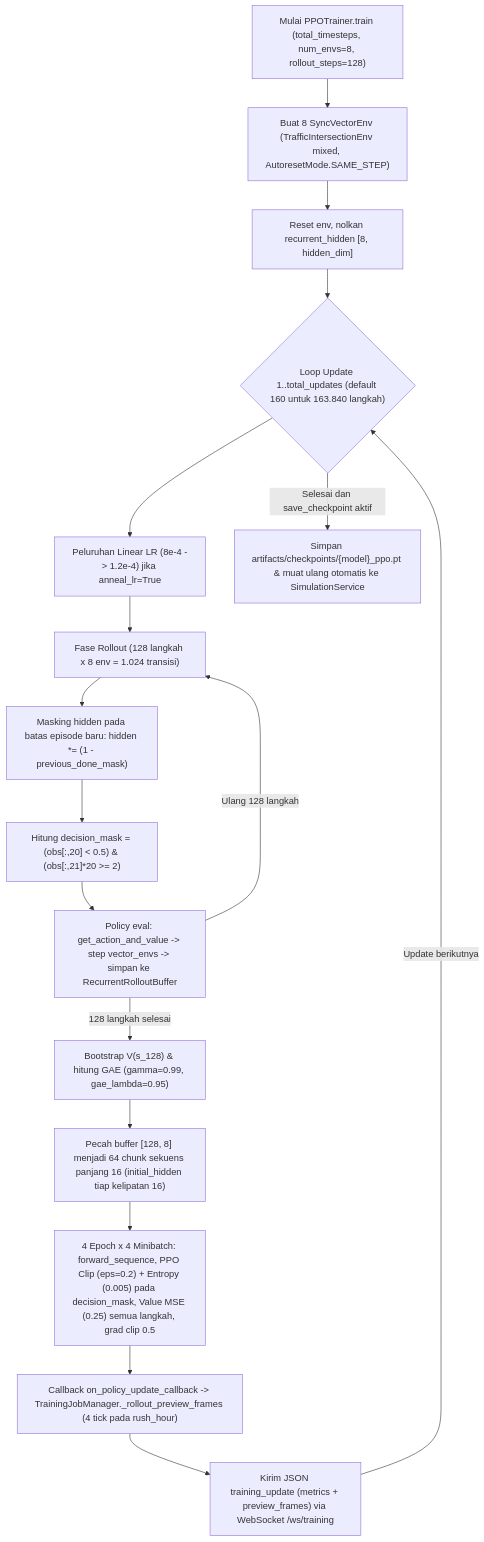
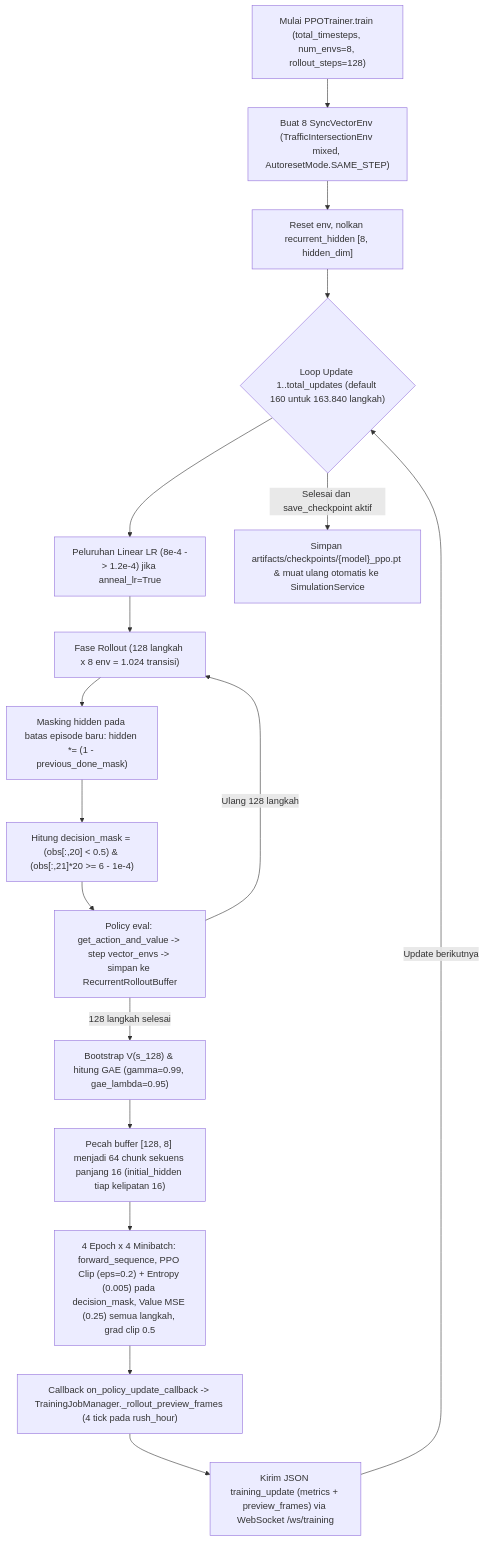
One commit to Fahmialfayadh/fly-connectome-traffic-rl changed the second of 3 diagrams in docs/TRAINING_AND_EPISODE_GUIDE.md. Above: the diagram before and after it, drawn with Mermaid. The commit also changed other lines of this file and 58 other files, not shown here.

````diff
--- a/docs/TRAINING_AND_EPISODE_GUIDE.md
+++ b/docs/TRAINING_AND_EPISODE_GUIDE.md
@@ -75,19 +77,19 @@
 ```mermaid
 flowchart TD
     S["Mulai PPOTrainer.train (total_timesteps, num_envs=8, rollout_steps=128)"] --> E["Buat 8 SyncVectorEnv (TrafficIntersectionEnv mixed, AutoresetMode.SAME_STEP)"]
     E --> R0["Reset env, nolkan recurrent_hidden [8, hidden_dim]"]
     R0 --> U{"Loop Update 1..total_updates (default 160 untuk 163.840 langkah)"}
     U --> LR["Peluruhan Linear LR (8e-4 -> 1.2e-4) jika anneal_lr=True"]
     LR --> RC["Fase Rollout (128 langkah x 8 env = 1.024 transisi)"]
     RC --> M1["Masking hidden pada batas episode baru: hidden *= (1 - previous_done_mask)"]
-    M1 --> DM["Hitung decision_mask = (obs[:,20] < 0.5) & (obs[:,21]*20 >= 2)"]
+    M1 --> DM["Hitung decision_mask = (obs[:,20] < 0.5) & (obs[:,21]*20 >= 6 - 1e-4)"]
     DM --> PF["Policy eval: get_action_and_value -> step vector_envs -> simpan ke RecurrentRolloutBuffer"]
     PF -->|Ulang 128 langkah| RC
     PF -->|128 langkah selesai| GAE["Bootstrap V(s_128) & hitung GAE (gamma=0.99, gae_lambda=0.95)"]
     GAE --> CH["Pecah buffer [128, 8] menjadi 64 chunk sekuens panjang 16 (initial_hidden tiap kelipatan 16)"]
     CH --> OPT["4 Epoch x 4 Minibatch: forward_sequence, PPO Clip (eps=0.2) + Entropy (0.005) pada decision_mask, Value MSE (0.25) semua langkah, grad clip 0.5"]
     OPT --> CB["Callback on_policy_update_callback -> TrainingJobManager._rollout_preview_frames (4 tick pada rush_hour)"]
     CB --> WS["Kirim JSON training_update (metrics + preview_frames) via WebSocket /ws/training"]
     WS -->|Update berikutnya| U
     U -->|Selesai dan save_checkpoint aktif| CK["Simpan artifacts/checkpoints/{model}_ppo.pt & muat ulang otomatis ke SimulationService"]
 ```
````
